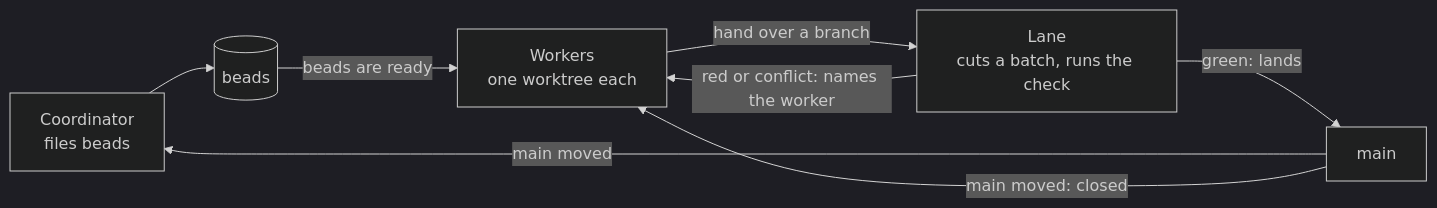
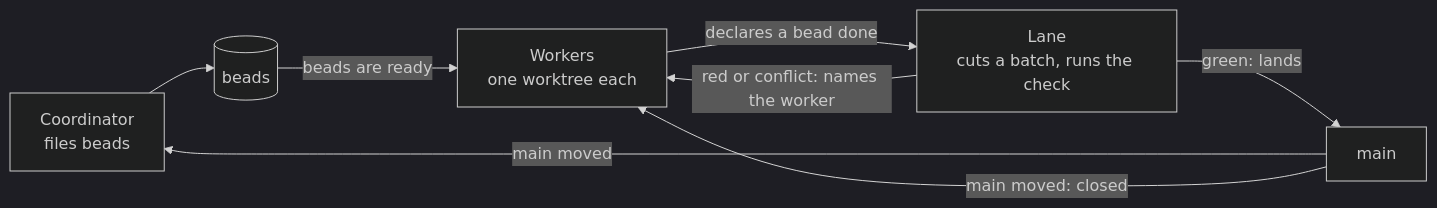
The diagram in README.md (AJTJ/airunner), drawn with Mermaid (dark theme) before and after one commit. The commit also changed other lines of this file and 1 other file, not shown here.

````diff
--- a/README.md
+++ b/README.md
@@ -54,10 +72,10 @@
 ```mermaid
 flowchart LR
     C[Coordinator<br/>files beads] --> Q[(beads)]
     Q -- "beads are ready" --> W[Workers<br/>one worktree each]
-    W -- "hand over a branch" --> L[Lane<br/>cuts a batch, runs the check]
+    W -- "declares a bead done" --> L[Lane<br/>cuts a batch, runs the check]
     L -- "green: lands" --> M[main]
     L -- "red or conflict: names the worker" --> W
     M -- "main moved" --> C
     M -- "main moved: closed" --> W
 ```
````
